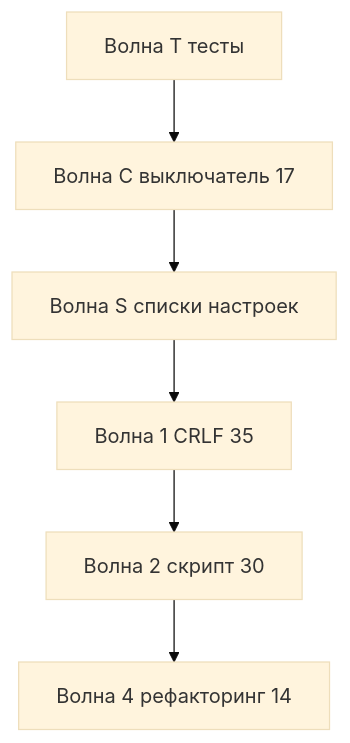
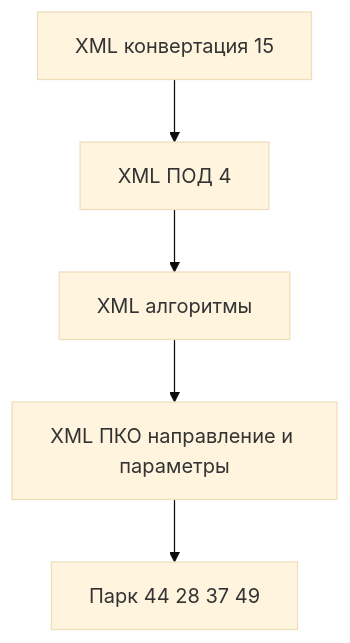
Before and after one commit to ViktorErmakov/Conversion-3-Plus: the diagram in docs/план-работ-issues.md, drawn with Mermaid (base theme). The commit also changed other lines of this file, not shown here.

````diff
--- a/docs/план-работ-issues.md
+++ b/docs/план-работ-issues.md
@@ -11,10 +11,9 @@
 ```mermaid
 flowchart TD
-  waveT[Волна T тесты]
-  waveC[Волна C выключатель 17]
-  waveS[Волна S списки настроек]
-  wave1[Волна 1 CRLF 35]
-  wave2[Волна 2 скрипт 30]
-  wave4[Волна 4 рефакторинг 14]
-  waveT --> waveC --> waveS --> wave1 --> wave2 --> wave4
+  xmlConv[XML конвертация 15]
+  xmlPod[XML ПОД 4]
+  xmlAlg[XML алгоритмы]
+  xmlPko[XML ПКО направление и параметры]
+  park[Парк 44 28 37 49]
+  xmlConv --> xmlPod --> xmlAlg --> xmlPko --> park
 ```
````
